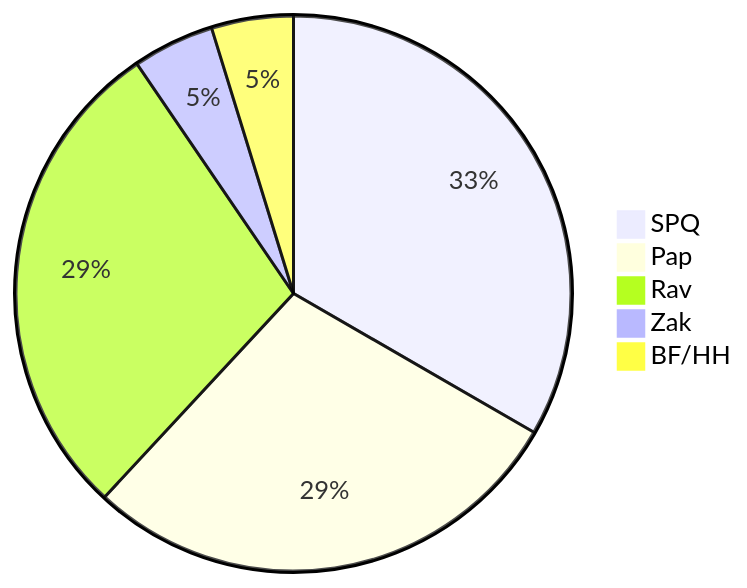
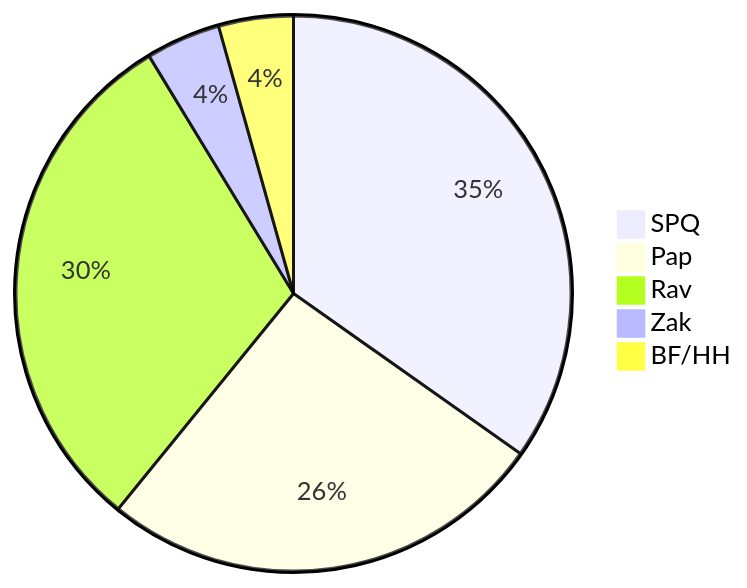
One commit to capreolina/gists changed the diagram in what-s-next-for-oddjobs/q0.mmd. Above: the diagram before and after it, drawn with Mermaid. The commit also changed 5 other files, not shown here.

```diff
--- a/what-s-next-for-oddjobs/q0.mmd
+++ b/what-s-next-for-oddjobs/q0.mmd
@@ -1,6 +1,6 @@
 pie
-"SPQ" : 7
+"SPQ" : 8
 "Pap" : 6
-"Rav" : 6
+"Rav" : 7
 "Zak" : 1
 "BF/HH" : 1
```
